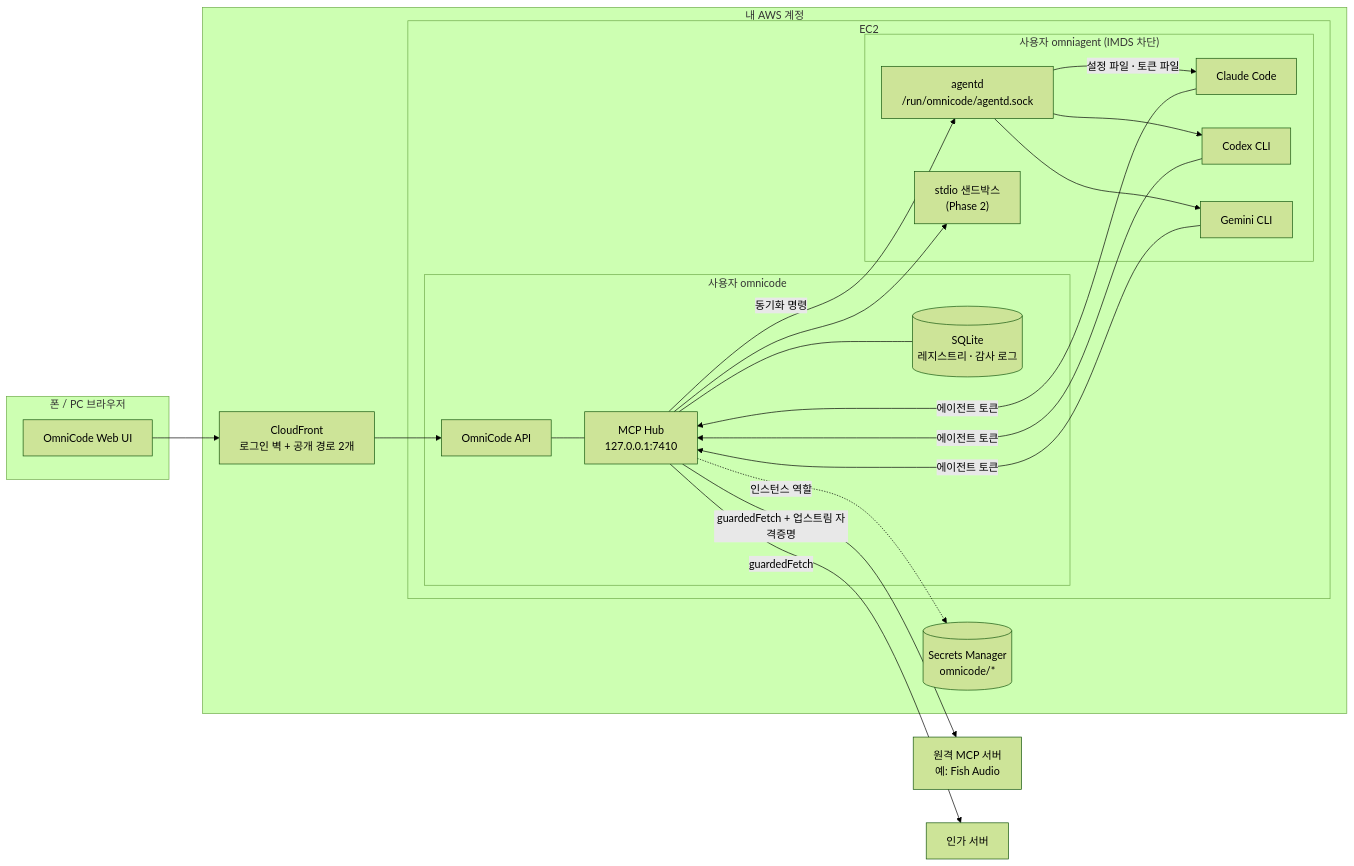
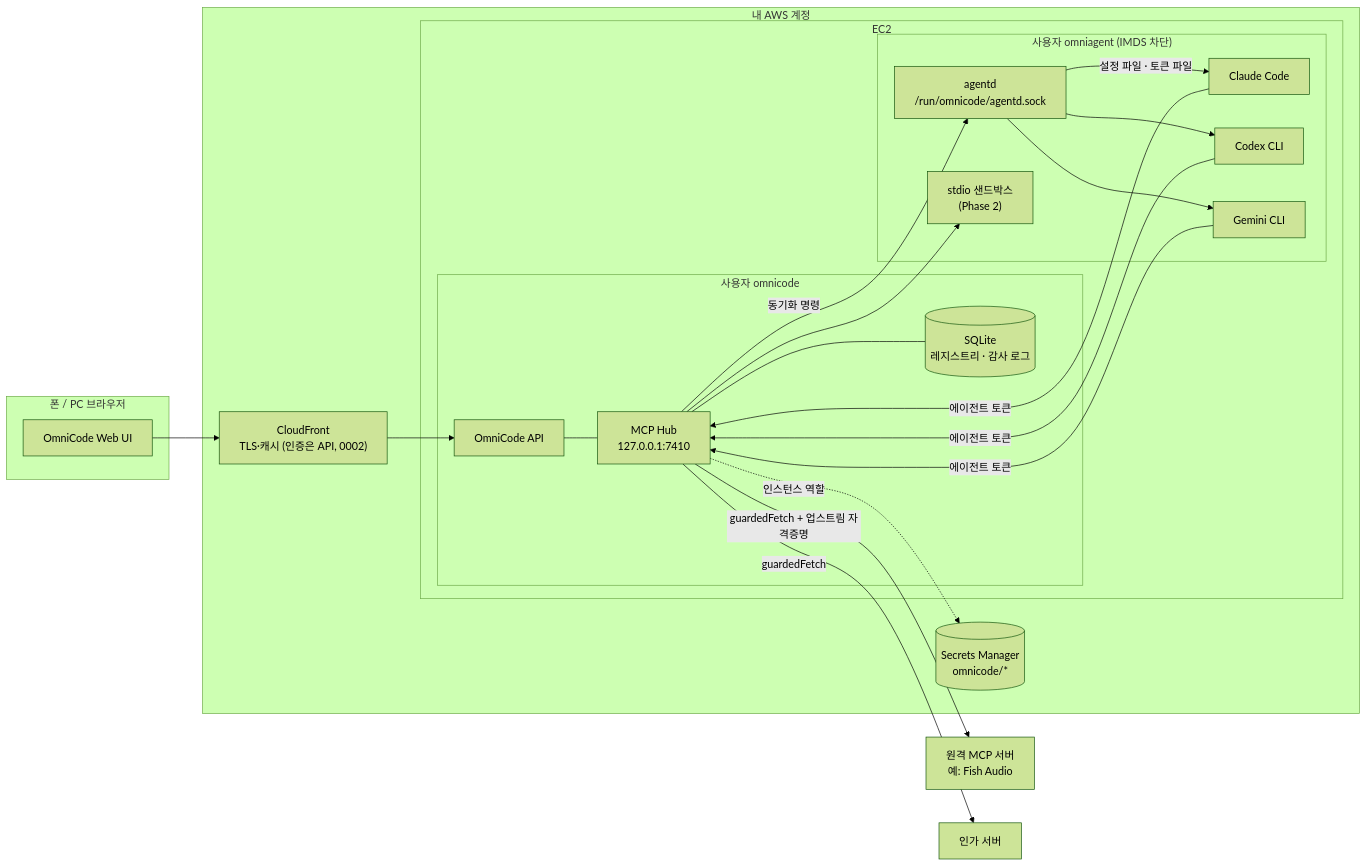
One commit to minBuild/omnicode changed the first of 4 diagrams in docs/design/0001-mcp-management.md. Above: the diagram before and after it, drawn with Mermaid (forest theme). The commit also changed other lines of this file and 10 other files, not shown here.

````diff
--- a/docs/design/0001-mcp-management.md
+++ b/docs/design/0001-mcp-management.md
@@ -120,43 +120,43 @@
 ```mermaid
 flowchart LR
     subgraph Device["폰 / PC 브라우저"]
         UI["OmniCode Web UI"]
     end
 
     subgraph AWS["내 AWS 계정"]
-        CF["CloudFront<br/>로그인 벽 + 공개 경로 2개"]
+        CF["CloudFront<br/>TLS·캐시 (인증은 API, 0002)"]
         SM[("Secrets Manager<br/>omnicode/*")]
         subgraph EC2["EC2"]
             subgraph U1["사용자 omnicode"]
                 API["OmniCode API"]
                 HUB["MCP Hub<br/>127.0.0.1:7410"]
                 DB[("SQLite<br/>레지스트리 · 감사 로그")]
             end
             subgraph U2["사용자 omniagent (IMDS 차단)"]
                 AGD["agentd<br/>/run/omnicode/agentd.sock"]
                 CC["Claude Code"]
                 CX["Codex CLI"]
                 GM["Gemini CLI"]
                 SBX["stdio 샌드박스<br/>(Phase 2)"]
             end
         end
     end
 
     REMOTE["원격 MCP 서버<br/>예: Fish Audio"]
     AUTH["인가 서버"]
 
     UI --> CF --> API
     API --- HUB
     HUB --- DB
     HUB -->|"동기화 명령"| AGD
     AGD -->|"설정 파일 · 토큰 파일"| CC
     AGD --> CX
     AGD --> GM
     CC -->|"에이전트 토큰"| HUB
     CX -->|"에이전트 토큰"| HUB
     GM -->|"에이전트 토큰"| HUB
     HUB -->|"guardedFetch + 업스트림 자격증명"| REMOTE
     HUB -->|"guardedFetch"| AUTH
     HUB --> SBX
     HUB -.->|"인스턴스 역할"| SM
 ```
````
